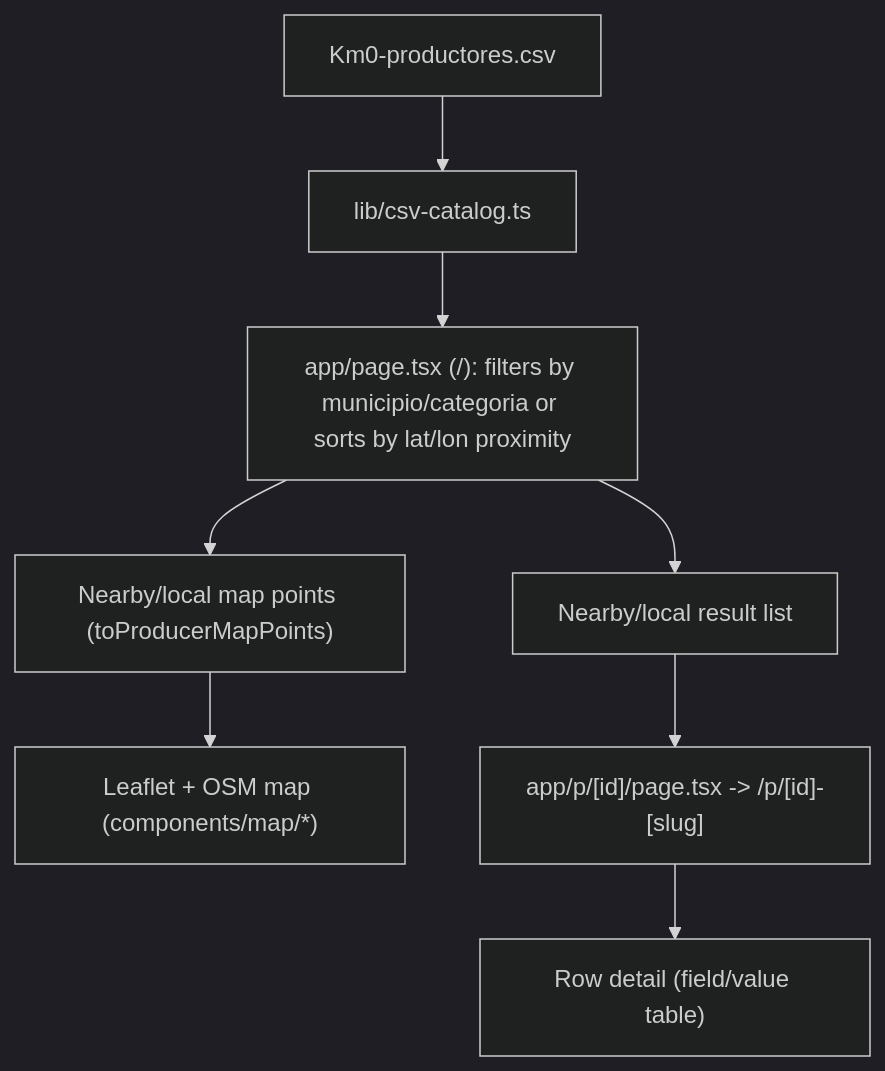
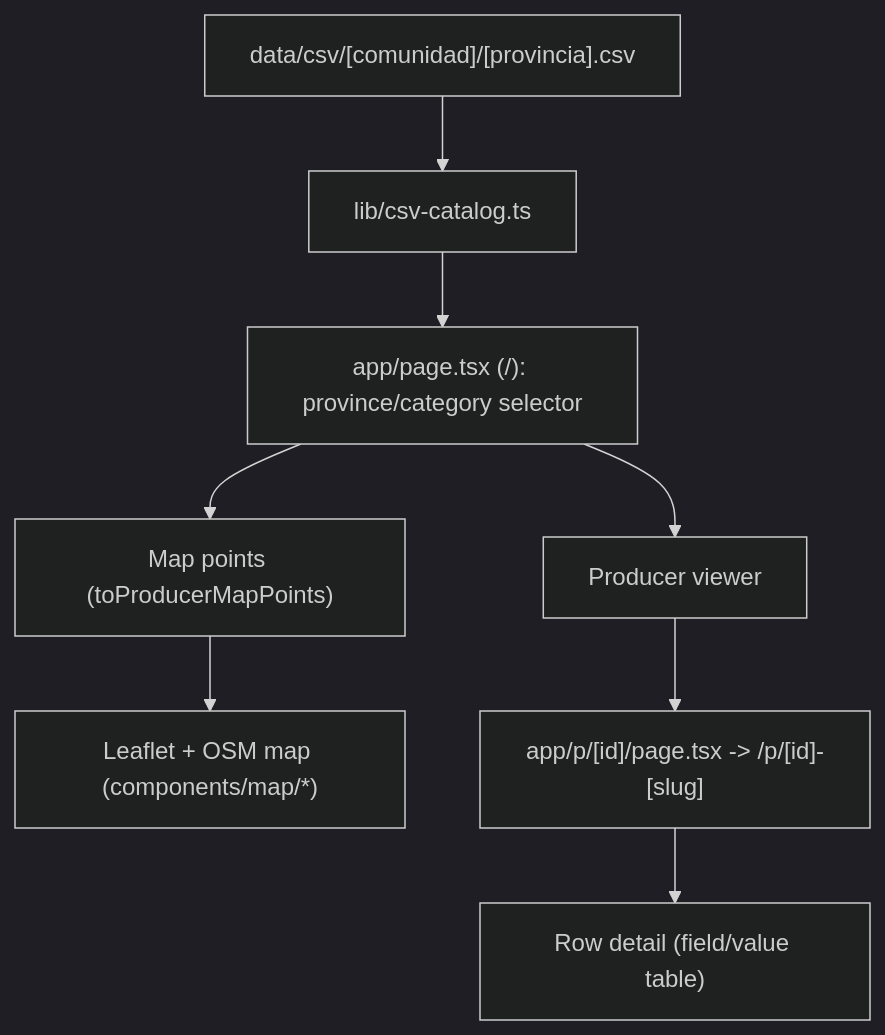
The diagram in docs/ARCHITECTURE.md (Lyzanor/chisan), drawn with Mermaid (dark theme) before and after one commit. The commit also changed other lines of this file and 1182 other files, not shown here.

````diff
--- a/docs/ARCHITECTURE.md
+++ b/docs/ARCHITECTURE.md
@@ -7,10 +7,10 @@
 ```mermaid
 flowchart TD
-  A["Km0-productores.csv"] --> B["lib/csv-catalog.ts"]
-  B --> C["app/page.tsx (/): filters by municipio/categoria or sorts by lat/lon proximity"]
-  C --> D["Nearby/local result list"]
-  C --> E["Nearby/local map points (toProducerMapPoints)"]
+  A["data/csv/[comunidad]/[provincia].csv"] --> B["lib/csv-catalog.ts"]
+  B --> C["app/page.tsx (/): province/category selector"]
+  C --> D["Producer viewer"]
+  C --> E["Map points (toProducerMapPoints)"]
   E --> F["Leaflet + OSM map (components/map/*)"]
   D --> G["app/p/[id]/page.tsx -> /p/[id]-[slug]"]
   G --> H["Row detail (field/value table)"]
 ```
````
